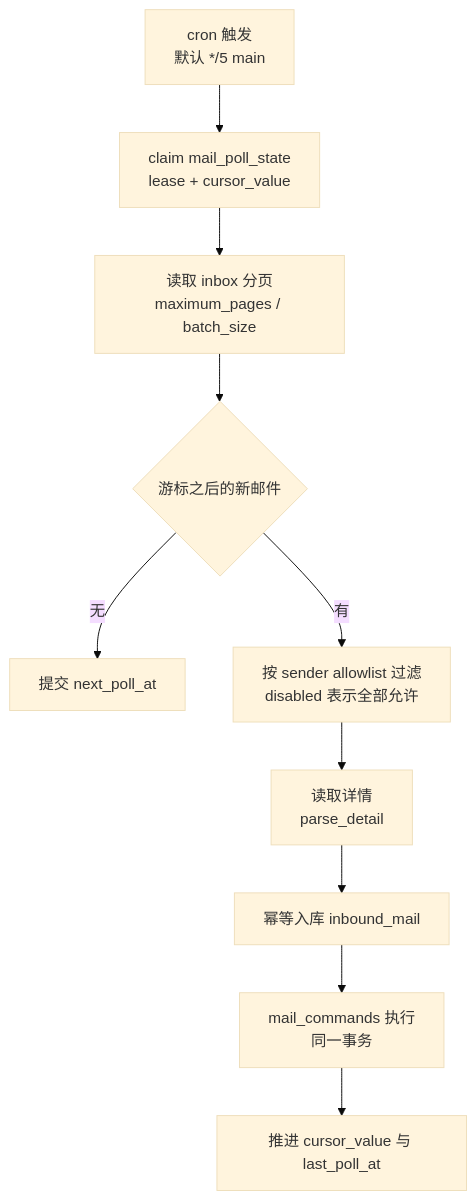
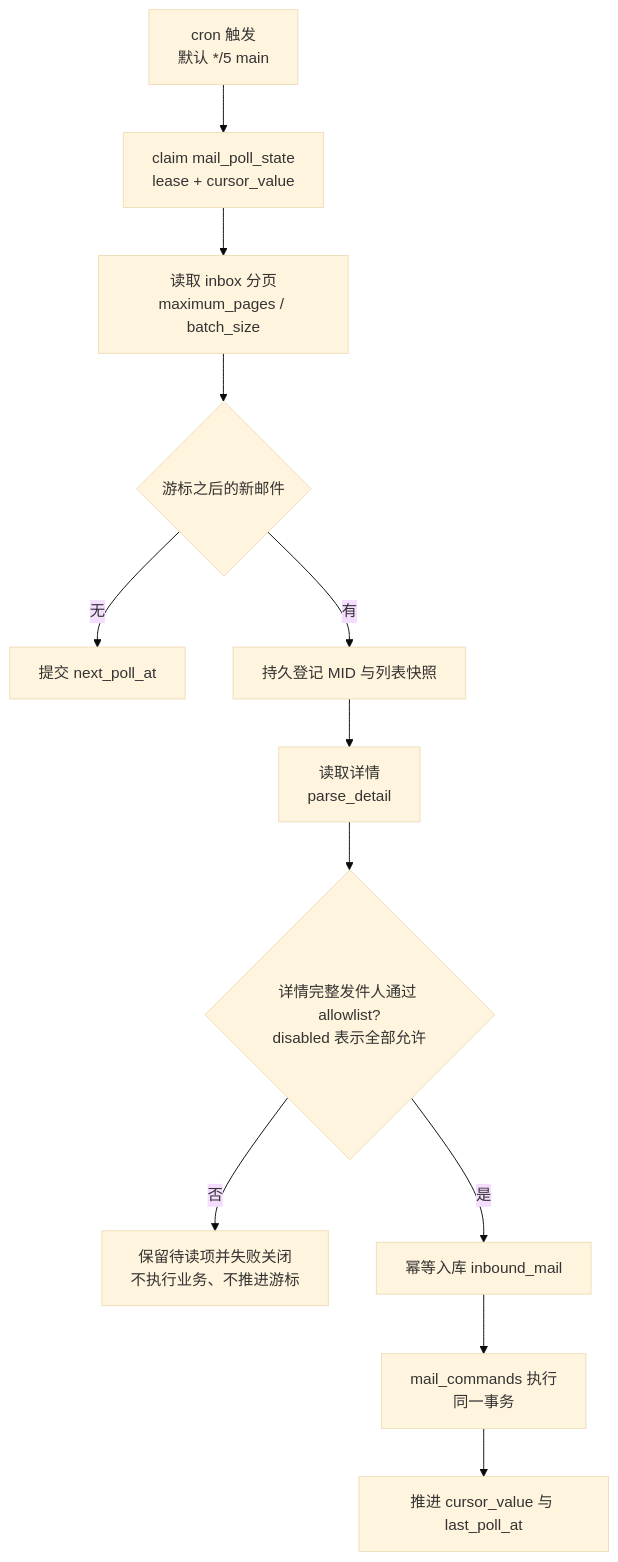
Before and after one commit to ngnlAYY/Auction: the second of 7 diagrams in docs/guide/mooglemail-flow.md, drawn with Mermaid (base theme). The commit also changed other lines of this file and 62 other files, not shown here.

````diff
--- a/docs/guide/mooglemail-flow.md
+++ b/docs/guide/mooglemail-flow.md
@@ -43,12 +43,14 @@
 ```mermaid
 flowchart TD
   A[cron 触发<br/>默认 */5 main] --> B[claim mail_poll_state<br/>lease + cursor_value]
   B --> C[读取 inbox 分页<br/>maximum_pages / batch_size]
   C --> D{游标之后的新邮件}
   D -- 无 --> E[提交 next_poll_at]
-  D -- 有 --> F[按 sender allowlist 过滤<br/>disabled 表示全部允许]
+  D -- 有 --> F[持久登记 MID 与列表快照]
   F --> G[读取详情<br/>parse_detail]
-  G --> H[幂等入库 inbound_mail]
+  G --> K{详情完整发件人通过 allowlist?<br/>disabled 表示全部允许}
+  K -- 否 --> L[保留待读项并失败关闭<br/>不执行业务、不推进游标]
+  K -- 是 --> H[幂等入库 inbound_mail]
   H --> I[mail_commands 执行<br/>同一事务]
   I --> J[推进 cursor_value 与 last_poll_at]
 ```
````
